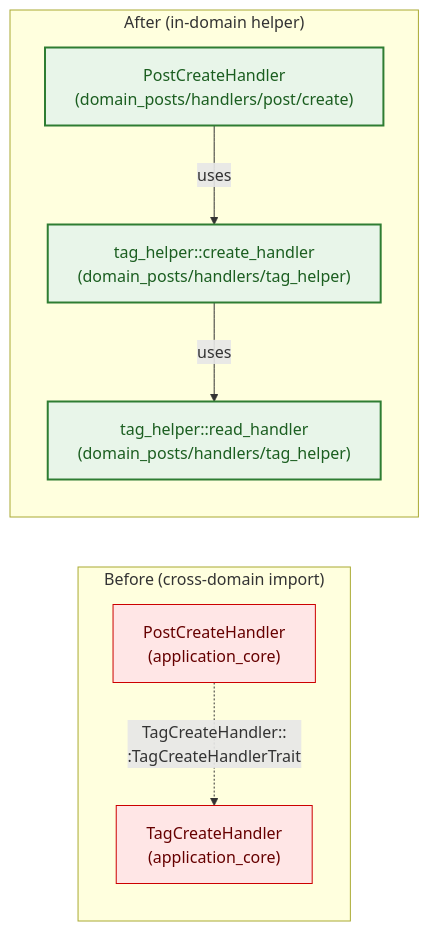
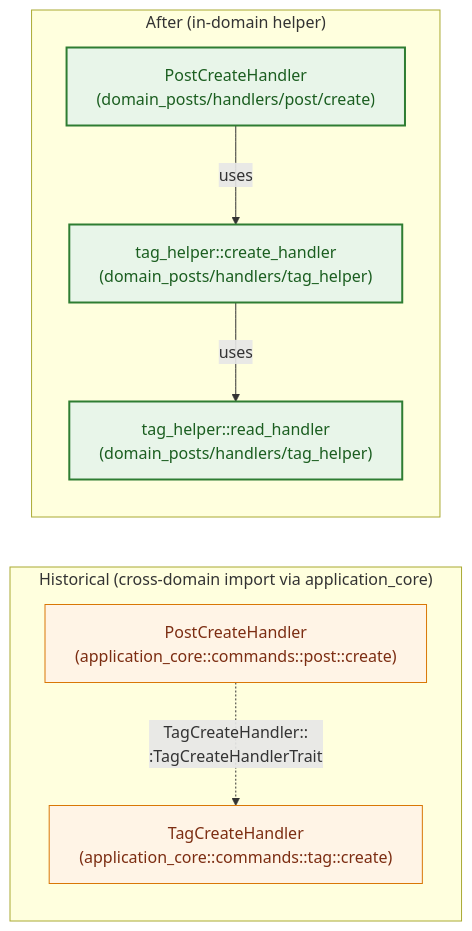
The ninth of 10 diagrams in docs/api-architecture.md (doitsu2014/my-cms), drawn with Mermaid before and after one commit. The commit also changed other lines of this file and 107 other files, not shown here.

First line of the commit message:
feat: purge legacy CMS and application core

````diff
--- a/docs/api-architecture.md
+++ b/docs/api-architecture.md
@@ -474,24 +467,24 @@
 ```mermaid
 graph LR
-    subgraph before["Before (cross-domain import)"]
+    subgraph before["Historical (cross-domain import via application_core)"]
         direction TB
-        PCH_OLD["PostCreateHandler<br/>(application_core)"]
-        TCH_OLD["TagCreateHandler<br/>(application_core)"]
+        PCH_OLD["PostCreateHandler<br/>(application_core::commands::post::create)"]
+        TCH_OLD["TagCreateHandler<br/>(application_core::commands::tag::create)"]
         PCH_OLD -. "TagCreateHandler::<br/>:TagCreateHandlerTrait" .-> TCH_OLD
     end
 
     subgraph after["After (in-domain helper)"]
         direction TB
         PCH_NEW["PostCreateHandler<br/>(domain_posts/handlers/post/create)"]
         TH_NEW["tag_helper::create_handler<br/>(domain_posts/handlers/tag_helper)"]
         THR_NEW["tag_helper::read_handler<br/>(domain_posts/handlers/tag_helper)"]
         PCH_NEW -->|uses| TH_NEW
         TH_NEW -->|uses| THR_NEW
     end
 
-    classDef bad fill:#ffe6e6,stroke:#cc0000,stroke-width:1px,color:#660000
+    classDef historical fill:#fff4e6,stroke:#d97706,stroke-width:1px,color:#7c2d12
     classDef good fill:#e8f5e9,stroke:#2e7d32,stroke-width:2px,color:#1b5e20
 
-    class PCH_OLD,TCH_OLD bad
+    class PCH_OLD,TCH_OLD historical
     class PCH_NEW,TH_NEW,THR_NEW good
 ```
````
